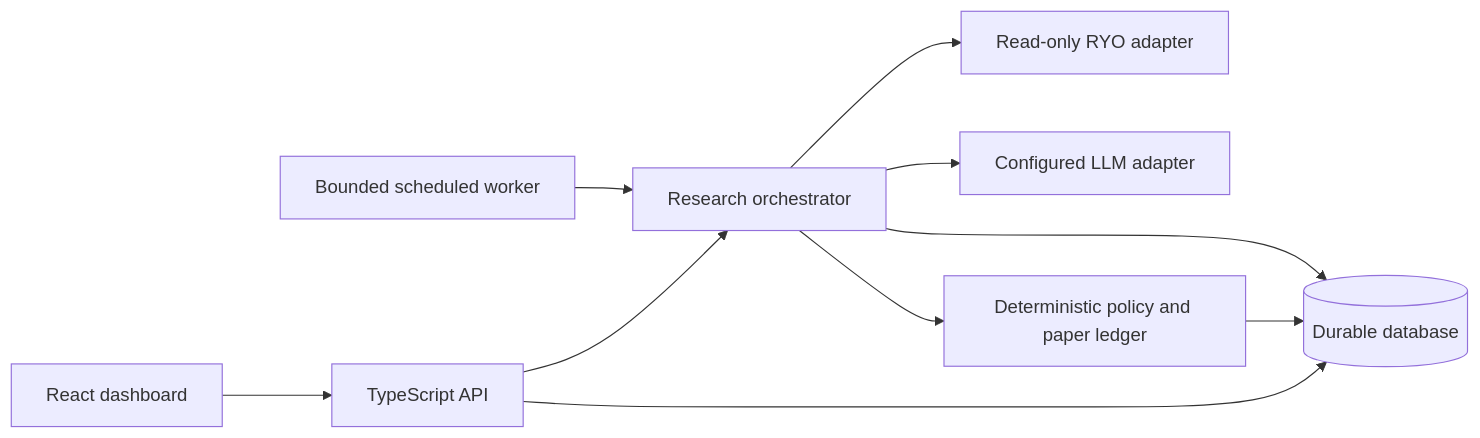
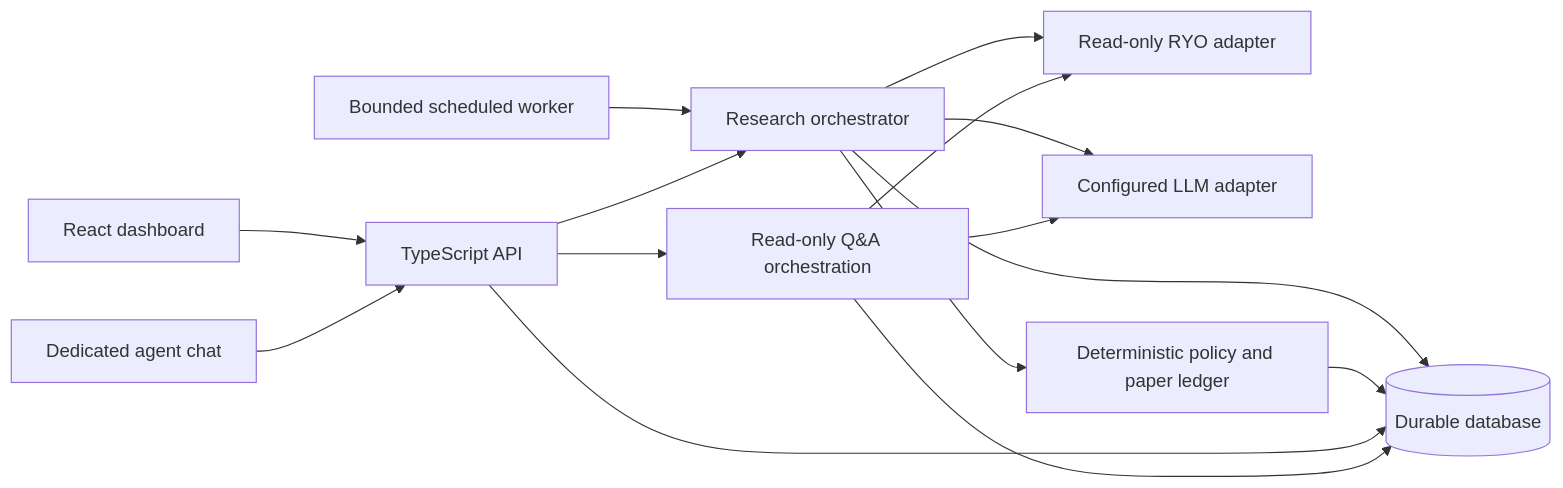
One commit to 7bryan7/TradeSense-Ryochan changed the second of 2 diagrams in README.md. Above: the diagram before and after it, drawn with Mermaid. The commit also changed other lines of this file and 2 other files, not shown here.

````diff
--- a/README.md
+++ b/README.md
@@ -97,12 +100,17 @@
 ```mermaid
 flowchart LR
     UI[React dashboard] --> API[TypeScript API]
     TIMER[Bounded scheduled worker] --> AGENT[Research orchestrator]
     API --> AGENT
     AGENT --> RYO[Read-only RYO adapter]
     AGENT --> MODEL[Configured LLM adapter]
     AGENT --> POLICY[Deterministic policy and paper ledger]
     AGENT --> DB[(Durable database)]
     POLICY --> DB
     API --> DB
+    CHAT[Dedicated agent chat] --> API
+    API --> QA[Read-only Q&A orchestration]
+    QA --> RYO
+    QA --> MODEL
+    QA --> DB
 ```
````
